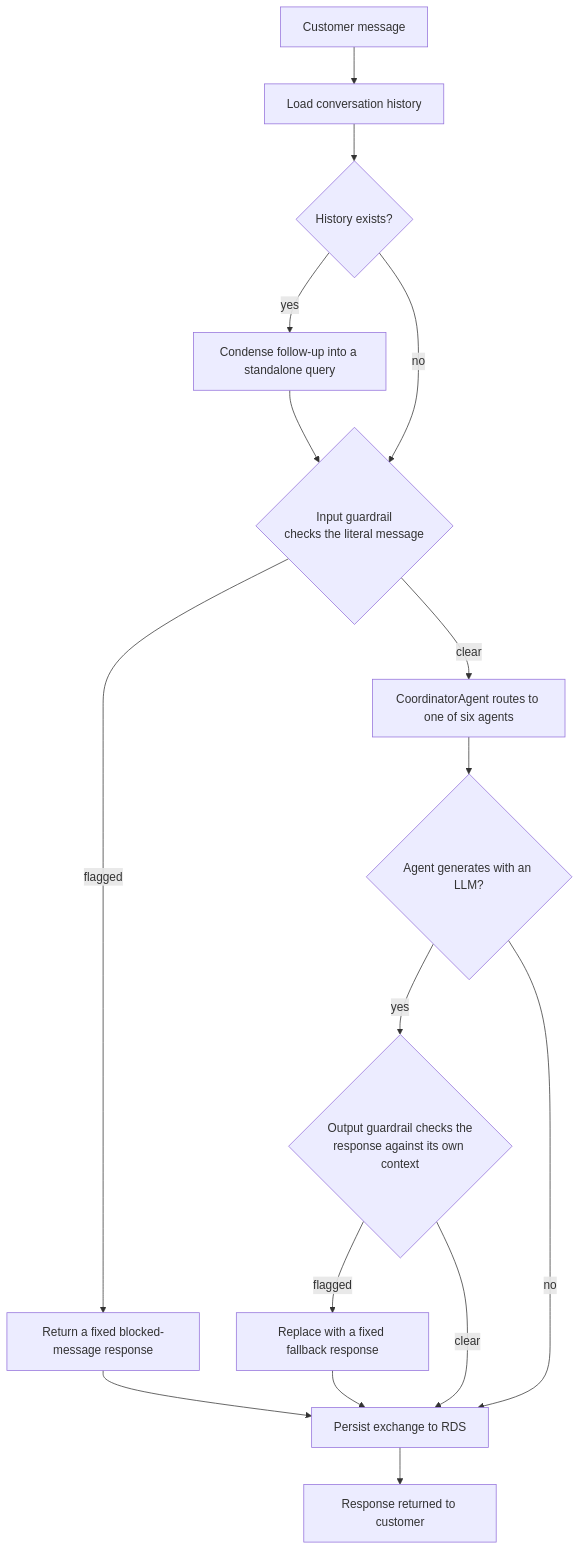
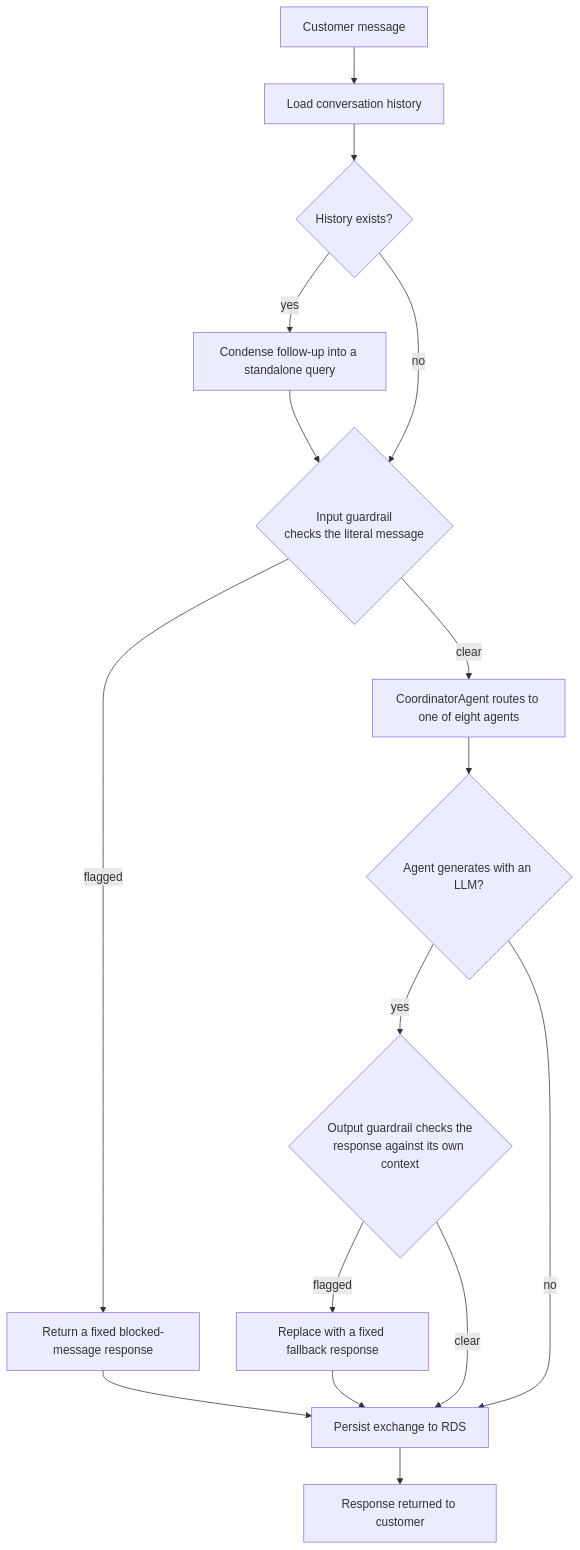
One commit to Tegdam/pickr_ai changed the first of 2 diagrams in pickr_report/report.md. Above: the diagram before and after it, drawn with Mermaid. The commit also changed other lines of this file and 1 other file, not shown here.

First line of the commit message:
docs: update README and report for the eight-agent architecture

````diff
--- a/pickr_report/report.md
+++ b/pickr_report/report.md
@@ -155,18 +170,18 @@
 ```mermaid
 flowchart TD
     U[Customer message] --> H[Load conversation history]
     H --> D{History exists?}
     D -- yes --> CD[Condense follow-up into a standalone query]
     D -- no --> G
     CD --> G{Input guardrail<br/>checks the literal message}
     G -- flagged --> B[Return a fixed blocked-message response]
-    G -- clear --> R[CoordinatorAgent routes to one of six agents]
+    G -- clear --> R[CoordinatorAgent routes to one of eight agents]
     R --> O{Agent generates with an LLM?}
     O -- yes --> OG{Output guardrail checks the<br/>response against its own context}
     O -- no --> S[Persist exchange to RDS]
     OG -- flagged --> B2[Replace with a fixed fallback response]
     OG -- clear --> S
     B --> S
     B2 --> S
     S --> RESP[Response returned to customer]
 ```
````
